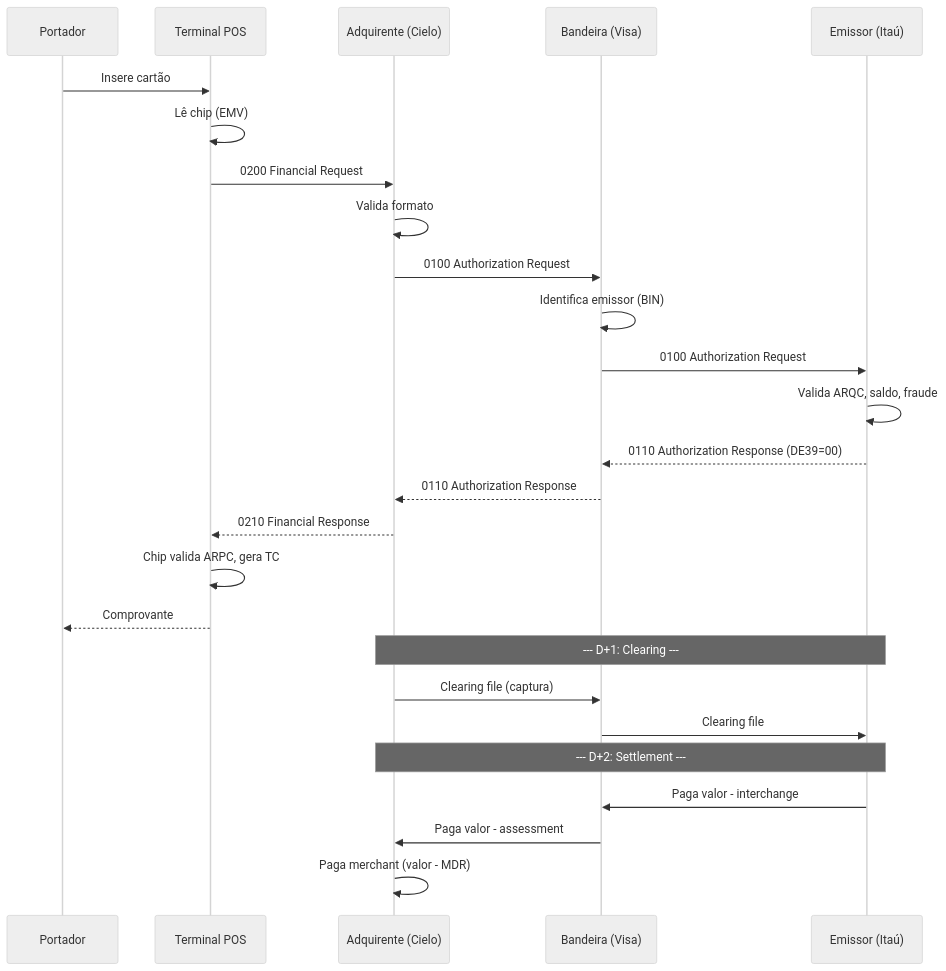
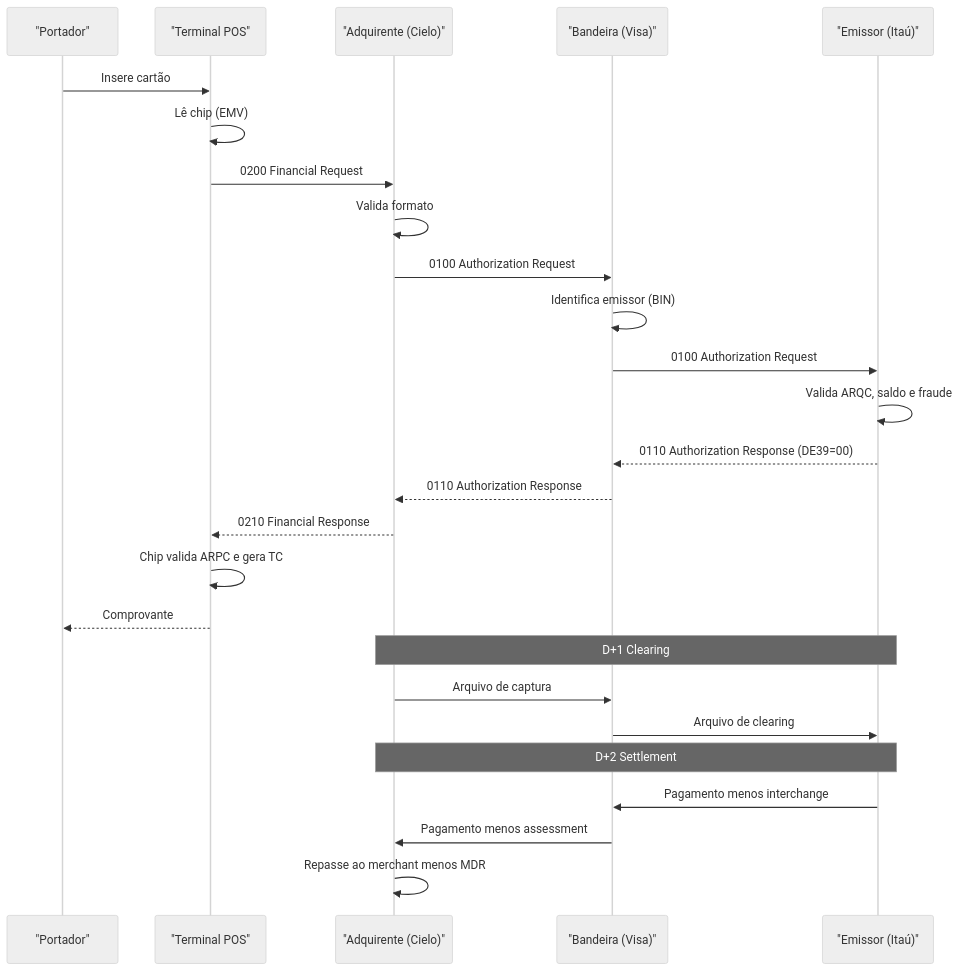
The diagram in fase-01-fundacao/semana-01/teoria.md (wesleyosantos91/ISO-8583-Master-Class), drawn with Mermaid (neutral theme) before and after one commit.

Commit message:
fix: corrige formatação do diagrama Mermaid da seção 2.2

````diff
--- a/fase-01-fundacao/semana-01/teoria.md
+++ b/fase-01-fundacao/semana-01/teoria.md
@@ -184,31 +184,31 @@
 ```mermaid
 sequenceDiagram
-    participant P as Portador
-    participant POS as Terminal POS
-    participant ACQ as Adquirente (Cielo)
-    participant NET as Bandeira (Visa)
-    participant ISS as Emissor (Itaú)
+    participant P as "Portador"
+    participant POS as "Terminal POS"
+    participant ACQ as "Adquirente (Cielo)"
+    participant NET as "Bandeira (Visa)"
+    participant ISS as "Emissor (Itaú)"
 
     P->>POS: Insere cartão
     POS->>POS: Lê chip (EMV)
     POS->>ACQ: 0200 Financial Request
     ACQ->>ACQ: Valida formato
     ACQ->>NET: 0100 Authorization Request
     NET->>NET: Identifica emissor (BIN)
     NET->>ISS: 0100 Authorization Request
-    ISS->>ISS: Valida ARQC, saldo, fraude
+    ISS->>ISS: Valida ARQC, saldo e fraude
     ISS-->>NET: 0110 Authorization Response (DE39=00)
     NET-->>ACQ: 0110 Authorization Response
     ACQ-->>POS: 0210 Financial Response
-    POS->>POS: Chip valida ARPC, gera TC
+    POS->>POS: Chip valida ARPC e gera TC
     POS-->>P: Comprovante
 
-    Note over ACQ,ISS: --- D+1: Clearing ---
-    ACQ->>NET: Clearing file (captura)
-    NET->>ISS: Clearing file
+    Note over ACQ,ISS: D+1 Clearing
+    ACQ->>NET: Arquivo de captura
+    NET->>ISS: Arquivo de clearing
 
-    Note over ACQ,ISS: --- D+2: Settlement ---
-    ISS->>NET: Paga valor - interchange
-    NET->>ACQ: Paga valor - assessment
-    ACQ->>ACQ: Paga merchant (valor - MDR)
+    Note over ACQ,ISS: D+2 Settlement
+    ISS->>NET: Pagamento menos interchange
+    NET->>ACQ: Pagamento menos assessment
+    ACQ->>ACQ: Repasse ao merchant menos MDR
 ```
````
